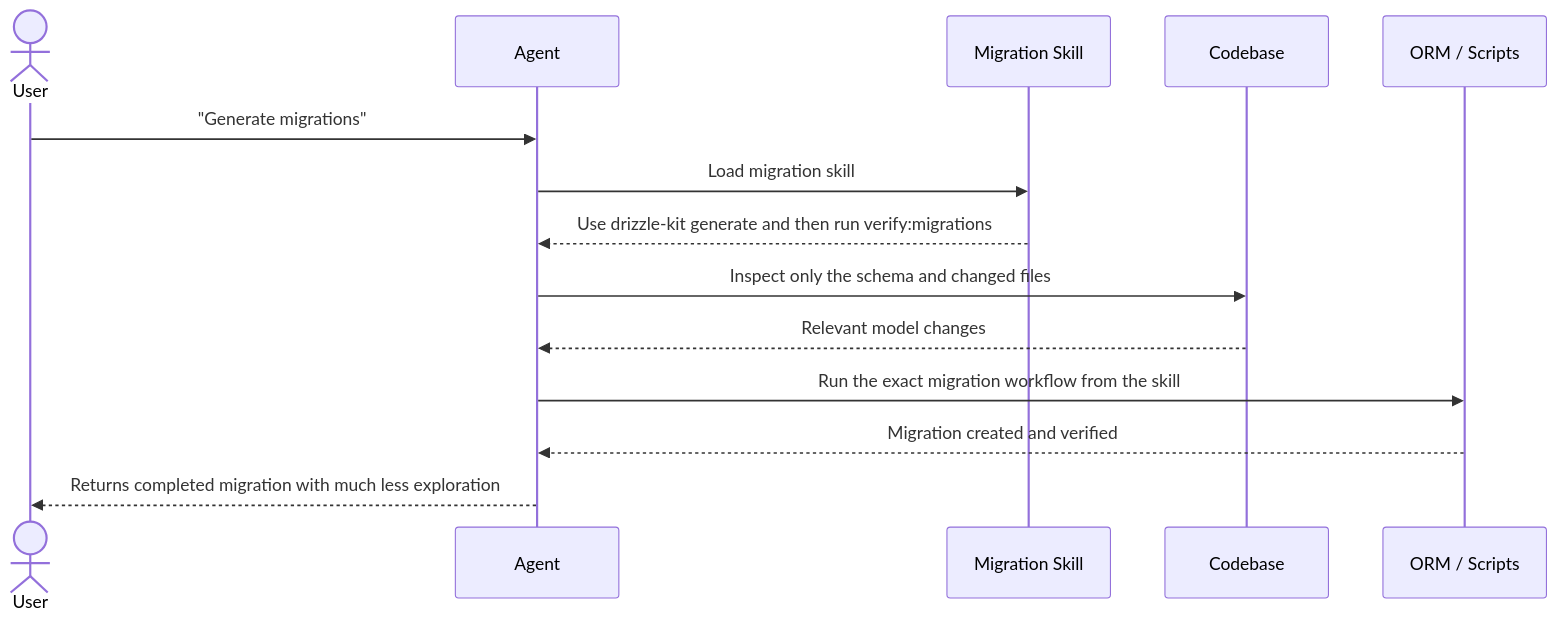
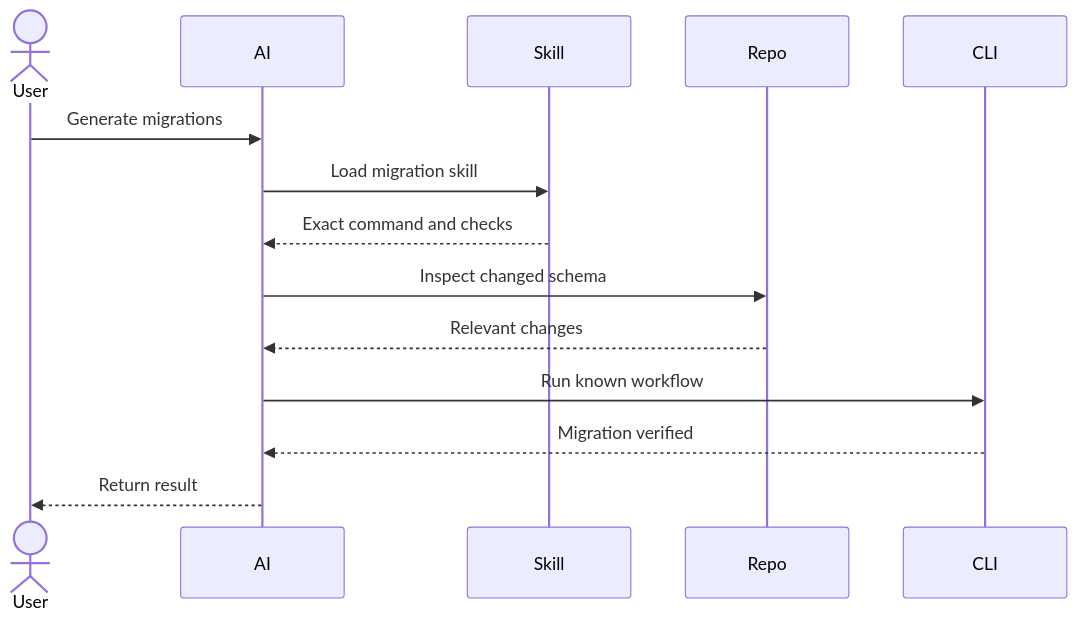
One commit to bevanmw/bevanwentzel changed the third of 3 diagrams in src/content/the-skill-of-skills.mdx. Above: the diagram before and after it, drawn with Mermaid. The commit also changed other lines of this file, not shown here.

Commit message:
fix: diagram tweaks

````diff
--- a/src/content/the-skill-of-skills.mdx
+++ b/src/content/the-skill-of-skills.mdx
@@ -146,17 +142,17 @@
 ```mermaid
 sequenceDiagram
     actor User
-    participant Agent
-    participant Skill as Migration Skill
-    participant Codebase
-    participant Tooling as ORM / Scripts
+    participant AI
+    participant Skill
+    participant Repo
+    participant CLI
 
-    User->>Agent: "Generate migrations"
-    Agent->>Skill: Load migration skill
-    Skill-->>Agent: Use drizzle-kit generate and then run verify:migrations
-    Agent->>Codebase: Inspect only the schema and changed files
-    Codebase-->>Agent: Relevant model changes
-    Agent->>Tooling: Run the exact migration workflow from the skill
-    Tooling-->>Agent: Migration created and verified
-    Agent-->>User: Returns completed migration with much less exploration
+    User->>AI: Generate migrations
+    AI->>Skill: Load migration skill
+    Skill-->>AI: Exact command and checks
+    AI->>Repo: Inspect changed schema
+    Repo-->>AI: Relevant changes
+    AI->>CLI: Run known workflow
+    CLI-->>AI: Migration verified
+    AI-->>User: Return result
 ```
````
